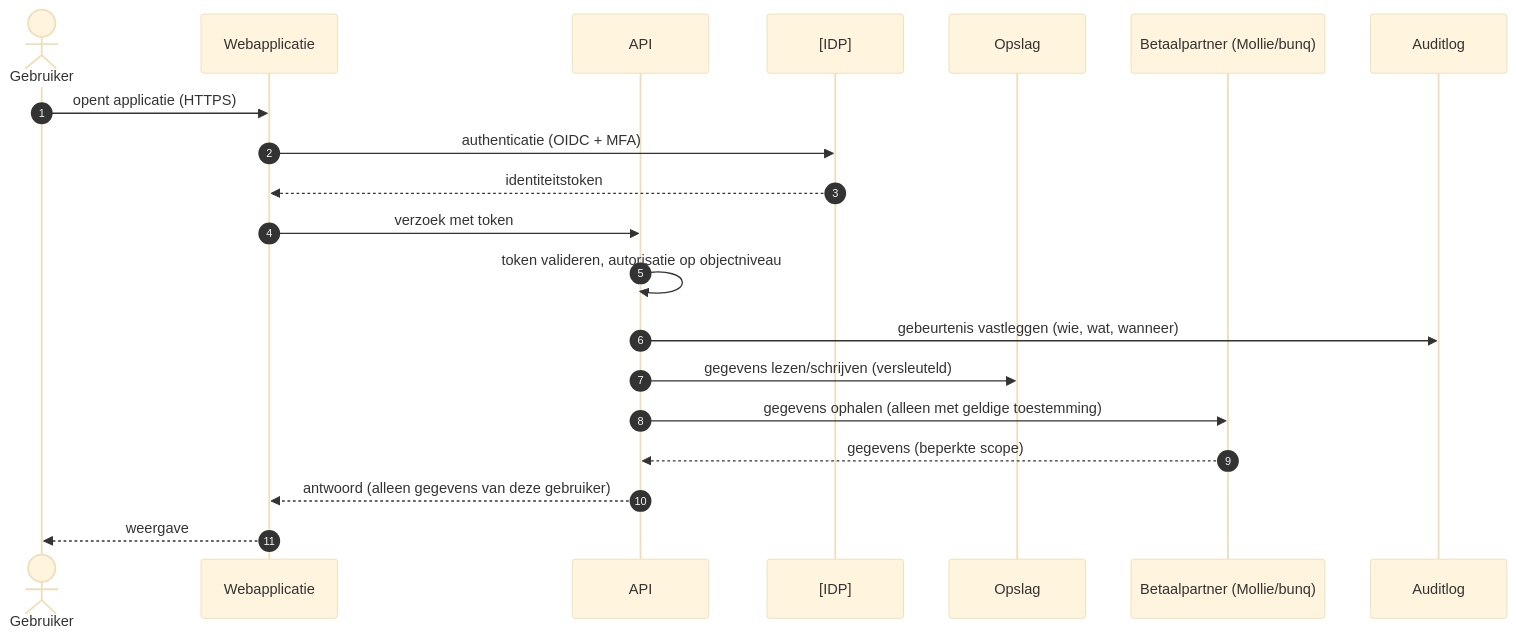
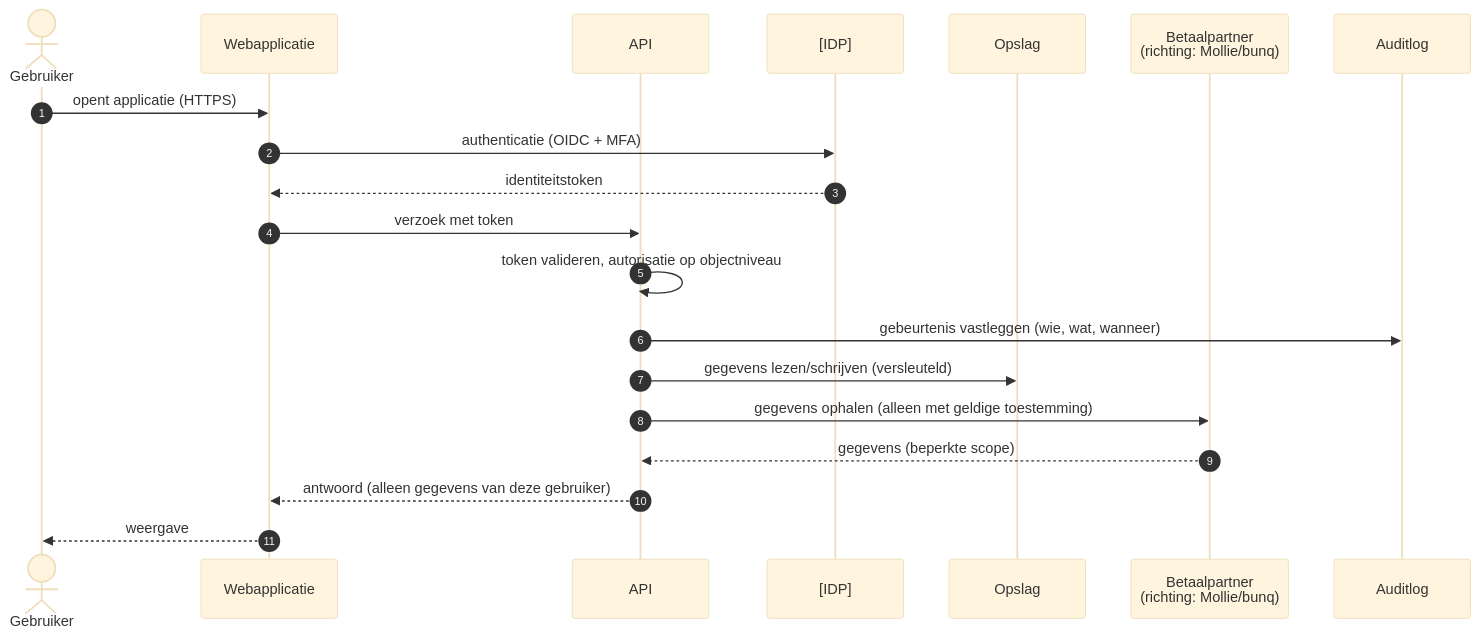
Before and after one commit to WildcatKSS/SolidYield: the diagram in docs/architecture/data-flow.md, drawn with Mermaid (base theme). The commit also changed other lines of this file and 13 other files, not shown here.

````diff
--- a/docs/architecture/data-flow.md
+++ b/docs/architecture/data-flow.md
@@ -21,23 +23,23 @@
 ```mermaid
 sequenceDiagram
     autonumber
     actor U as Gebruiker
     participant W as Webapplicatie
     participant A as API
     participant I as [IDP]
     participant D as Opslag
-    participant P as Betaalpartner (Mollie/bunq)
+    participant P as Betaalpartner<br/>(richting: Mollie/bunq)
     participant L as Auditlog
 
     U->>W: opent applicatie (HTTPS)
     W->>I: authenticatie (OIDC + MFA)
     I-->>W: identiteitstoken
     W->>A: verzoek met token
     A->>A: token valideren, autorisatie op objectniveau
     A->>L: gebeurtenis vastleggen (wie, wat, wanneer)
     A->>D: gegevens lezen/schrijven (versleuteld)
     A->>P: gegevens ophalen (alleen met geldige toestemming)
     P-->>A: gegevens (beperkte scope)
     A-->>W: antwoord (alleen gegevens van deze gebruiker)
     W-->>U: weergave
 ```
````
